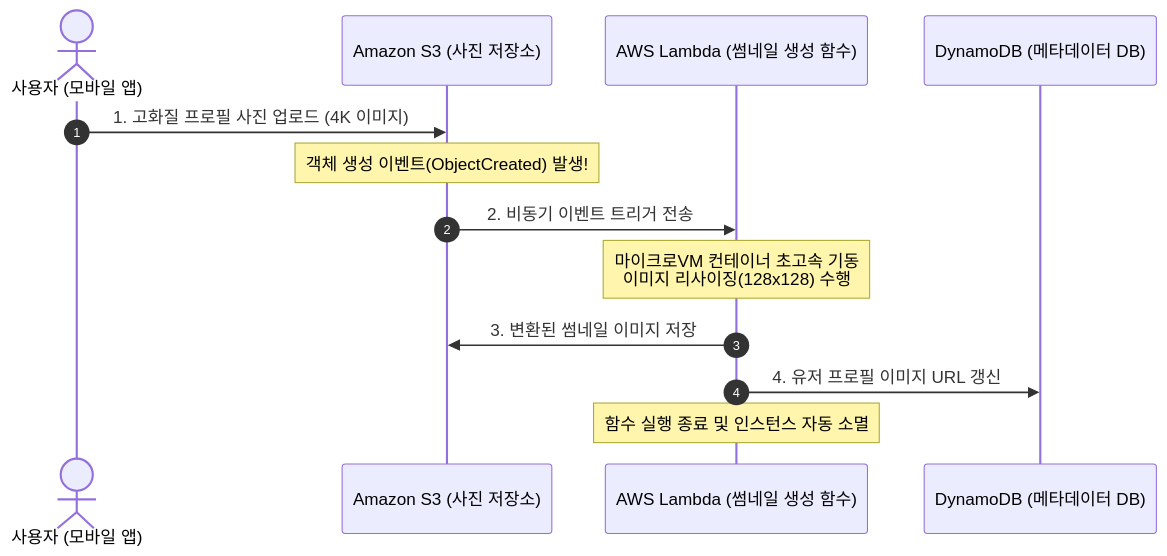
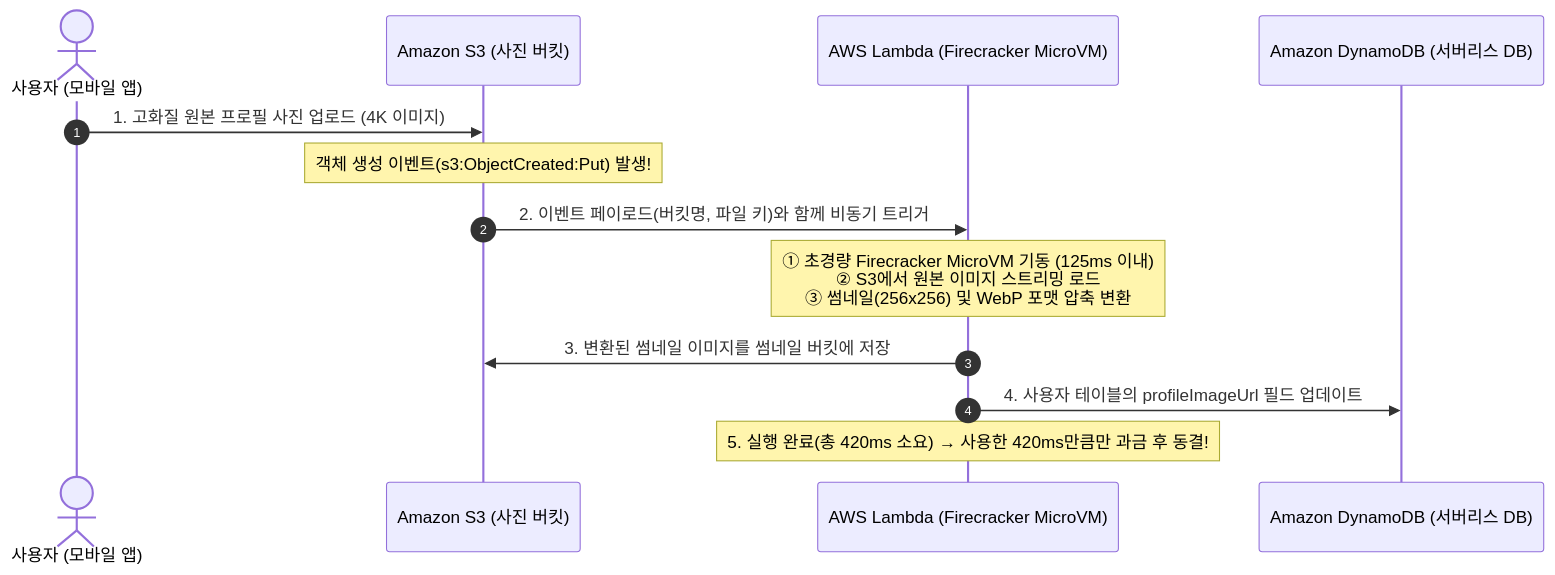
Before and after one commit to keimania/tech-notes: the tenth of 26 diagrams in 10_클라우드_빅데이터_인공지능.md, drawn with Mermaid. The commit also changed other lines of this file and 12 other files, not shown here.

````diff
--- a/10_클라우드_빅데이터_인공지능.md
+++ b/10_클라우드_빅데이터_인공지능.md
@@ -583,16 +690,16 @@
 ```mermaid
 sequenceDiagram
     autonumber
     actor User as 사용자 (모바일 앱)
-    participant S3 as Amazon S3 (사진 저장소)
-    participant Lambda as AWS Lambda (썸네일 생성 함수)
-    participant DB as DynamoDB (메타데이터 DB)
+    participant S3 as Amazon S3 (사진 버킷)
+    participant Lambda as AWS Lambda (Firecracker MicroVM)
+    participant DB as Amazon DynamoDB (서버리스 DB)
 
-    User->>S3: 1. 고화질 프로필 사진 업로드 (4K 이미지)
-    Note over S3: 객체 생성 이벤트(ObjectCreated) 발생!
-    S3->>Lambda: 2. 비동기 이벤트 트리거 전송
-    Note over Lambda: 마이크로VM 컨테이너 초고속 기동<br/>이미지 리사이징(128x128) 수행
-    Lambda->>S3: 3. 변환된 썸네일 이미지 저장
-    Lambda->>DB: 4. 유저 프로필 이미지 URL 갱신
-    Note over Lambda: 함수 실행 종료 및 인스턴스 자동 소멸
+    User->>S3: 1. 고화질 원본 프로필 사진 업로드 (4K 이미지)
+    Note over S3: 객체 생성 이벤트(s3:ObjectCreated:Put) 발생!
+    S3->>Lambda: 2. 이벤트 페이로드(버킷명, 파일 키)와 함께 비동기 트리거
+    Note over Lambda: ① 초경량 Firecracker MicroVM 기동 (125ms 이내)<br/>② S3에서 원본 이미지 스트리밍 로드<br/>③ 썸네일(256x256) 및 WebP 포맷 압축 변환
+    Lambda->>S3: 3. 변환된 썸네일 이미지를 썸네일 버킷에 저장
+    Lambda->>DB: 4. 사용자 테이블의 profileImageUrl 필드 업데이트
+    Note over Lambda: 5. 실행 완료(총 420ms 소요) → 사용한 420ms만큼만 과금 후 동결!
 ```
````
